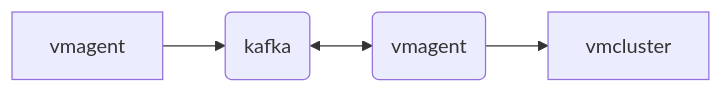
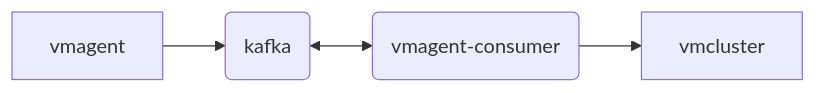
One commit to JaredTan95/VictoriaMetrics changed the second of 2 diagrams in app/vmagent/README.md. Above: the diagram before and after it, drawn with Mermaid. The commit also changed other lines of this file, not shown here.

````diff
--- a/app/vmagent/README.md
+++ b/app/vmagent/README.md
@@ -867,6 +870,6 @@
 ```mermaid
 flowchart LR
     A[vmagent] --> B(kafka)
-    B <--> C(vmagent)
+    B <--> C(vmagent-consumer)
     C --> D[vmcluster]
 ```
````
